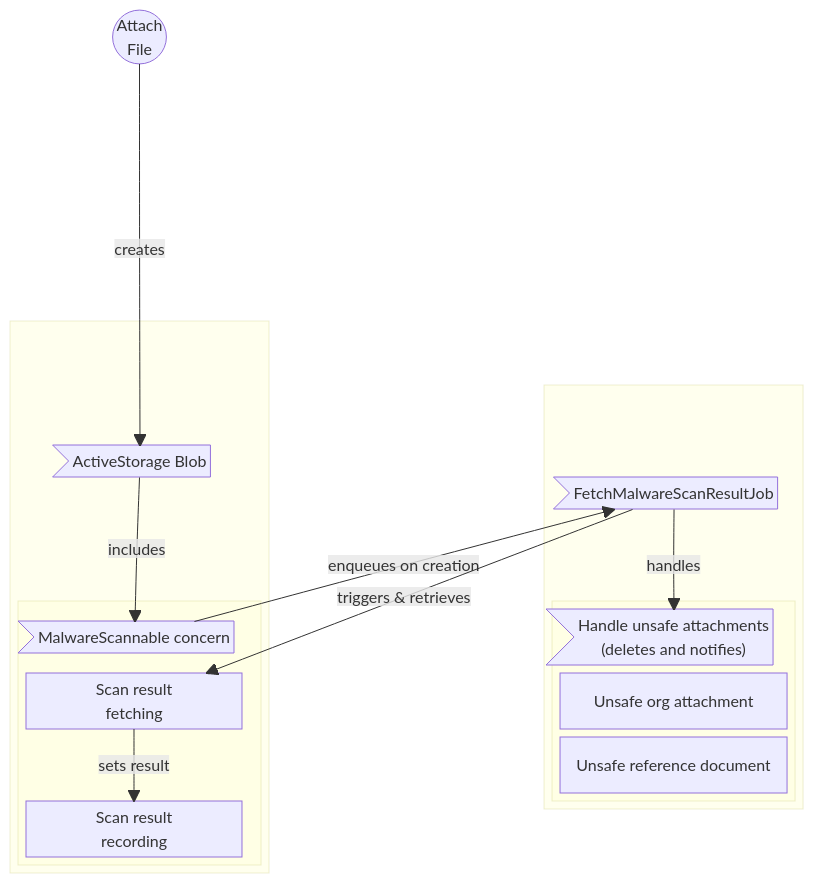
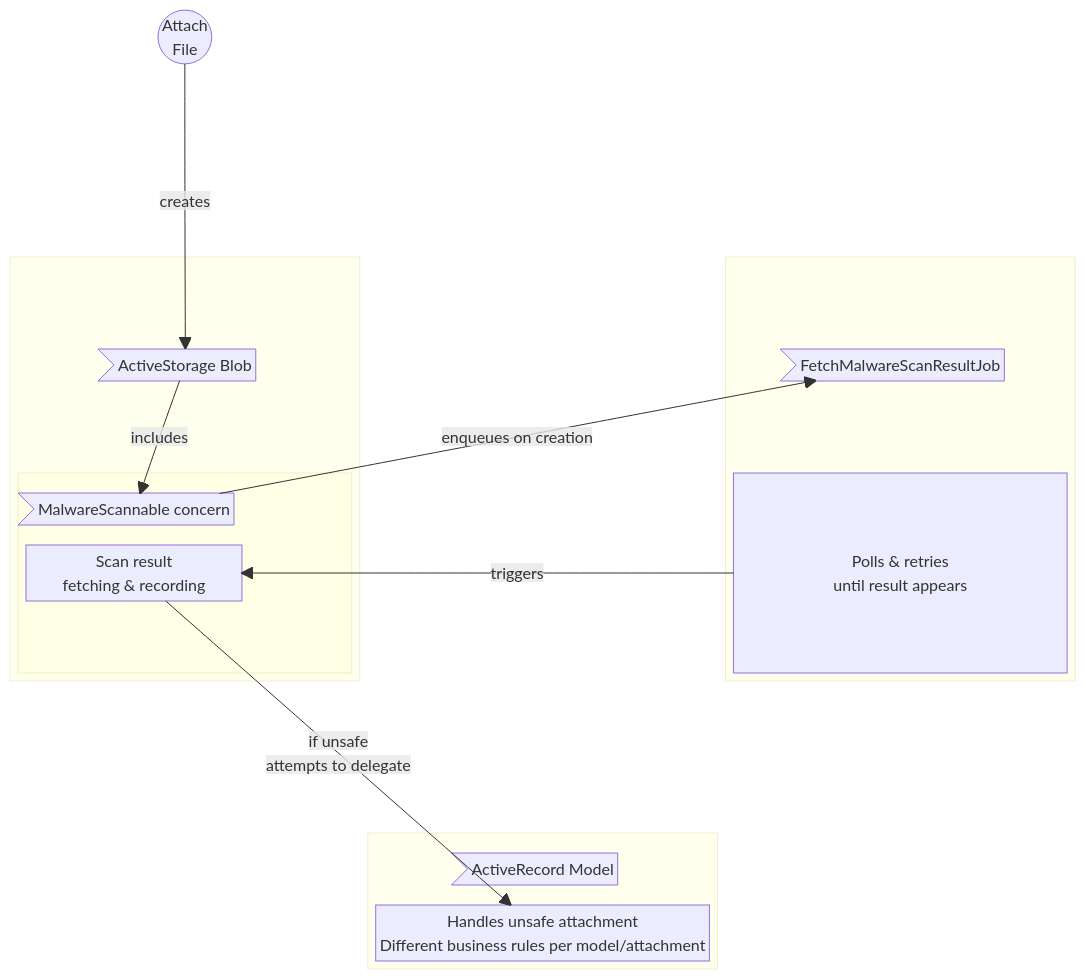
One commit to DFE-Digital/teaching-vacancies changed the second of 2 diagrams in documentation/service/technical/file-uploads-antivirus-scan.md. Above: the diagram before and after it, drawn with Mermaid. The commit also changed other lines of this file and 8 other files, not shown here.

````diff
--- a/documentation/service/technical/file-uploads-antivirus-scan.md
+++ b/documentation/service/technical/file-uploads-antivirus-scan.md
@@ -38,34 +38,33 @@
 ```mermaid
 block-beta
 columns 3
   attach(("Attach\nFile")) space:2
   block-beta
     columns 1
     blob>"ActiveStorage Blob"]
     block-beta
       columns 1
       concern>"MalwareScannable concern"]
-      scanfetching["Scan result\nfetching"]
+      scanfetching["Scan result\nfetching & recording"]
       space:1
-      scanresult["Scan result\nrecording"]
     end
   end
   space:1
   block-beta
     columns 1
     job>"FetchMalwareScanResultJob"]
-    block-beta
-      columns 1
-      handle>"Handle unsafe attachments\n(deletes and notifies)"]
-      unsafeorg["Unsafe org attachment"]
-      unsaferef["Unsafe reference document"]
-    end
+    polling["Polls & retries\nuntil result appears"]
+  end
+  space:1
+  block-beta
+    columns 1
+    model>"ActiveRecord Model"]
+    handler["Handles unsafe attachment\nDifferent business rules per model/attachment"]
   end
 
   attach -- "creates" -->blob
   blob -- "includes" -->concern
   concern -- "enqueues on creation" -->job
-  scanfetching -- "sets result" --> scanresult
-  job -- "triggers & retrieves" --> scanfetching
-  job -- "handles" --> handle
+  polling -- "triggers" --> scanfetching
+  scanfetching -- "if unsafe\nattempts to delegate" --> handler
 ```
````
